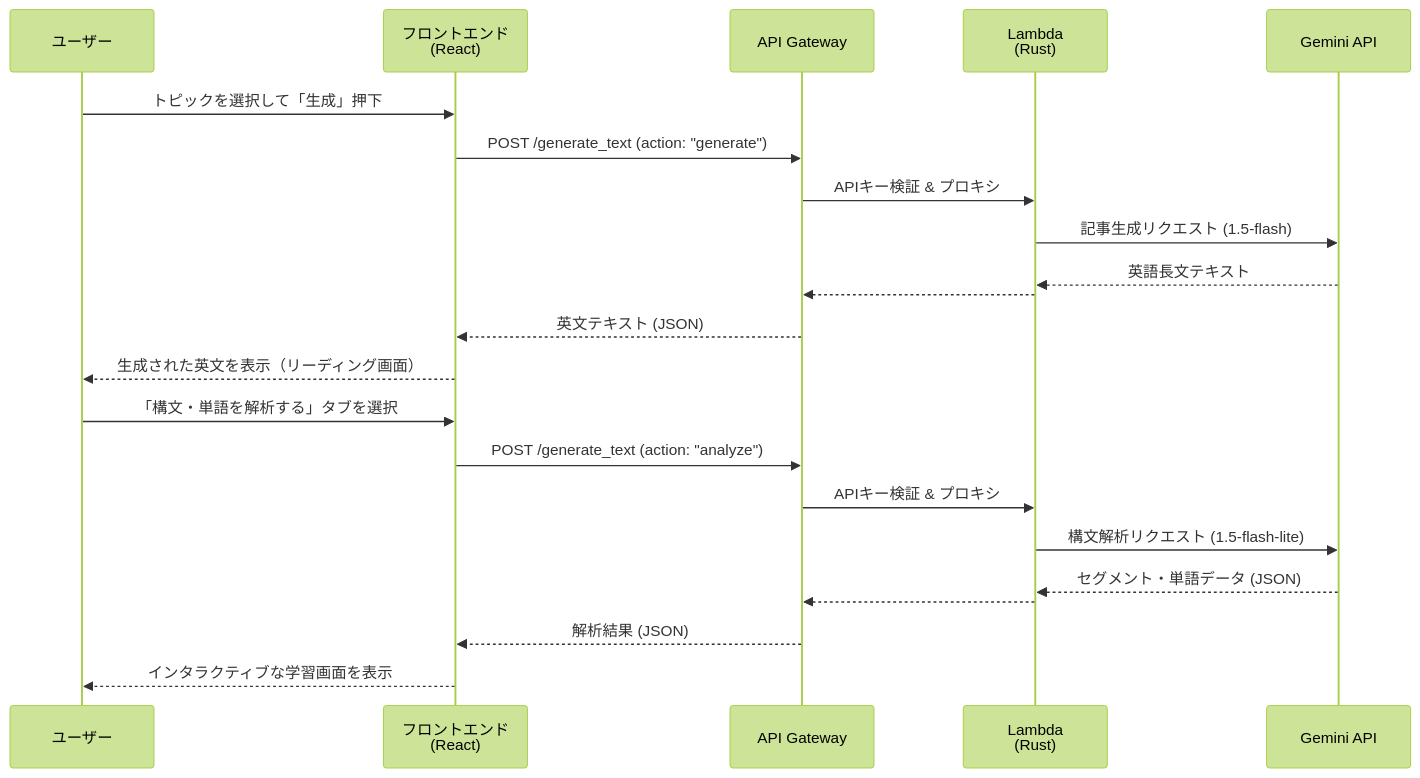
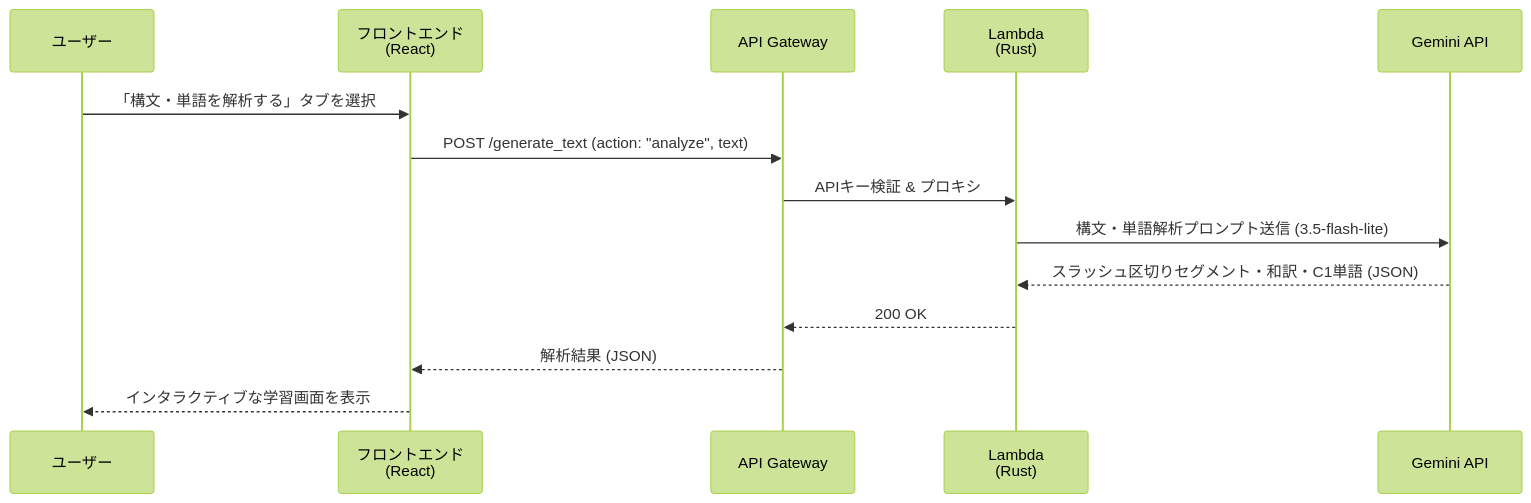
One commit to moden3/ai-english-learner changed the third of 5 diagrams in docs/design.md. Above: the diagram before and after it, drawn with Mermaid (forest theme). The commit also changed other lines of this file and 16 other files, not shown here.

````diff
--- a/docs/design.md
+++ b/docs/design.md
@@ -33,26 +75,17 @@
 ```mermaid
 sequenceDiagram
     participant U as ユーザー
     participant SPA as フロントエンド<br>(React)
     participant APIGW as API Gateway
     participant Lam as Lambda<br>(Rust)
     participant Gem as Gemini API
 
-    U->>SPA: トピックを選択して「生成」押下
-    SPA->>APIGW: POST /generate_text (action: "generate")
+    U->>SPA: 「構文・単語を解析する」タブを選択
+    SPA->>APIGW: POST /generate_text (action: "analyze", text)
     APIGW->>Lam: APIキー検証 & プロキシ
-    Lam->>Gem: 記事生成リクエスト (1.5-flash)
-    Gem-->>Lam: 英語長文テキスト
-    Lam-->>APIGW: 
-    APIGW-->>SPA: 英文テキスト (JSON)
-    SPA-->>U: 生成された英文を表示（リーディング画面）
-
-    U->>SPA: 「構文・単語を解析する」タブを選択
-    SPA->>APIGW: POST /generate_text (action: "analyze")
-    APIGW->>Lam: APIキー検証 & プロキシ
-    Lam->>Gem: 構文解析リクエスト (1.5-flash-lite)
-    Gem-->>Lam: セグメント・単語データ (JSON)
-    Lam-->>APIGW: 
+    Lam->>Gem: 構文・単語解析プロンプト送信 (3.5-flash-lite)
+    Gem-->>Lam: スラッシュ区切りセグメント・和訳・C1単語 (JSON)
+    Lam-->>APIGW: 200 OK
     APIGW-->>SPA: 解析結果 (JSON)
     SPA-->>U: インタラクティブな学習画面を表示
 ```
````
